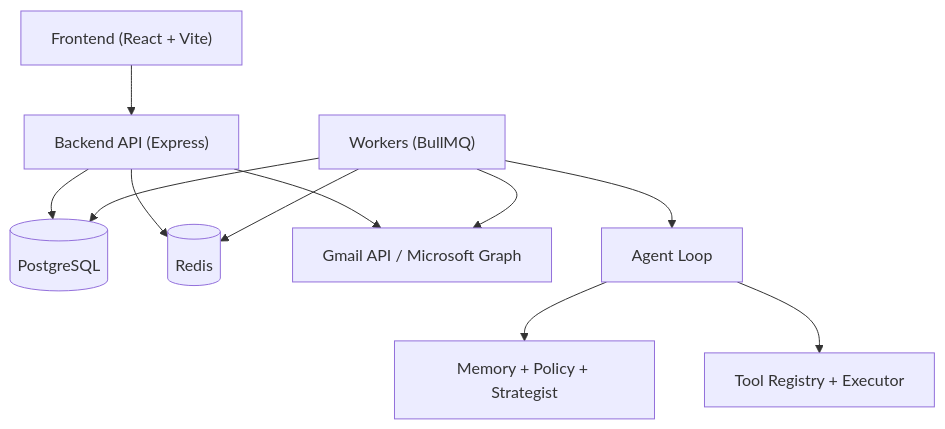
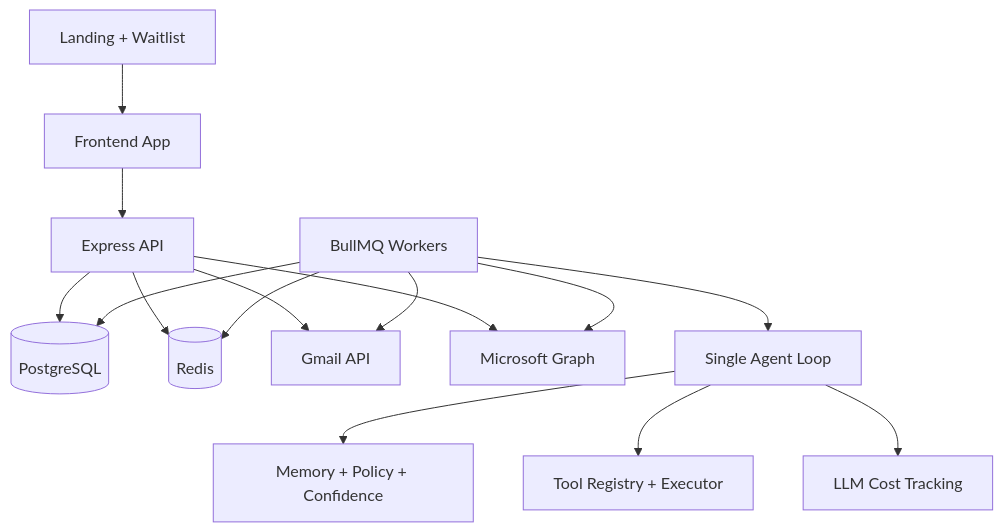
Before and after one commit to Krishnav1237/agentic-mail: the diagram in README.md, drawn with Mermaid. The commit also changed other lines of this file and 38 other files, not shown here.

````diff
--- a/README.md
+++ b/README.md
@@ -27,13 +60,17 @@
 ```mermaid
 graph TD
-  UI["Frontend (React + Vite)"] --> API["Backend API (Express)"]
-  API --> DB[(PostgreSQL)]
+  Landing["Landing + Waitlist"] --> Frontend["Frontend App"]
+  Frontend --> API["Express API"]
+  API --> Postgres[(PostgreSQL)]
   API --> Redis[(Redis)]
-  API --> Providers["Gmail API / Microsoft Graph"]
-  Workers["Workers (BullMQ)"] --> DB
-  Workers --> Redis
-  Workers --> Providers
-  Workers --> Agent["Agent Loop"]
-  Agent --> Memory["Memory + Policy + Strategist"]
+  API --> Gmail["Gmail API"]
+  API --> Graph["Microsoft Graph"]
+  Workers["BullMQ Workers"] --> Redis
+  Workers --> Postgres
+  Workers --> Gmail
+  Workers --> Graph
+  Workers --> Agent["Single Agent Loop"]
+  Agent --> Memory["Memory + Policy + Confidence"]
   Agent --> Tools["Tool Registry + Executor"]
+  Agent --> Cost["LLM Cost Tracking"]
 ```
````
